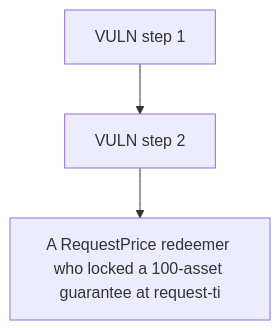
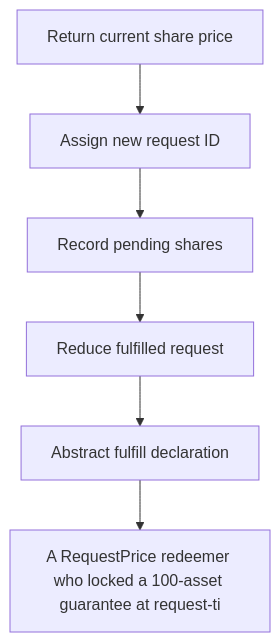
The diagram in 62972-accountableasyncredeemvaultfulfillredeemrequest-ignores-proc_exp/62972-accountableasyncredeemvaultfulfillredeemrequest-ignores-proc_exp.md (sanbir/evm-hack-registry), drawn with Mermaid before and after one commit. The commit also changed other lines of this file and 79 other files, not shown here.

````diff
--- a/62972-accountableasyncredeemvaultfulfillredeemrequest-ignores-proc_exp/62972-accountableasyncredeemvaultfulfillredeemrequest-ignores-proc_exp.md
+++ b/62972-accountableasyncredeemvaultfulfillredeemrequest-ignores-proc_exp/62972-accountableasyncredeemvaultfulfillredeemrequest-ignores-proc_exp.md
@@ -28,8 +28,14 @@
 ```mermaid
 flowchart TD
-  S0["VULN step 1"]
-  S1["VULN step 2"]
+  S0["Return current share price"]
+  S1["Assign new request ID"]
+  S2["Record pending shares"]
+  S3["Reduce fulfilled request"]
+  S4["Abstract fulfill declaration"]
   H["A RequestPrice redeemer who locked a 100-asset guarantee at request-ti"]
   S0 --> S1
-  S1 --> H
+  S1 --> S2
+  S2 --> S3
+  S3 --> S4
+  S4 --> H
 ```
````
